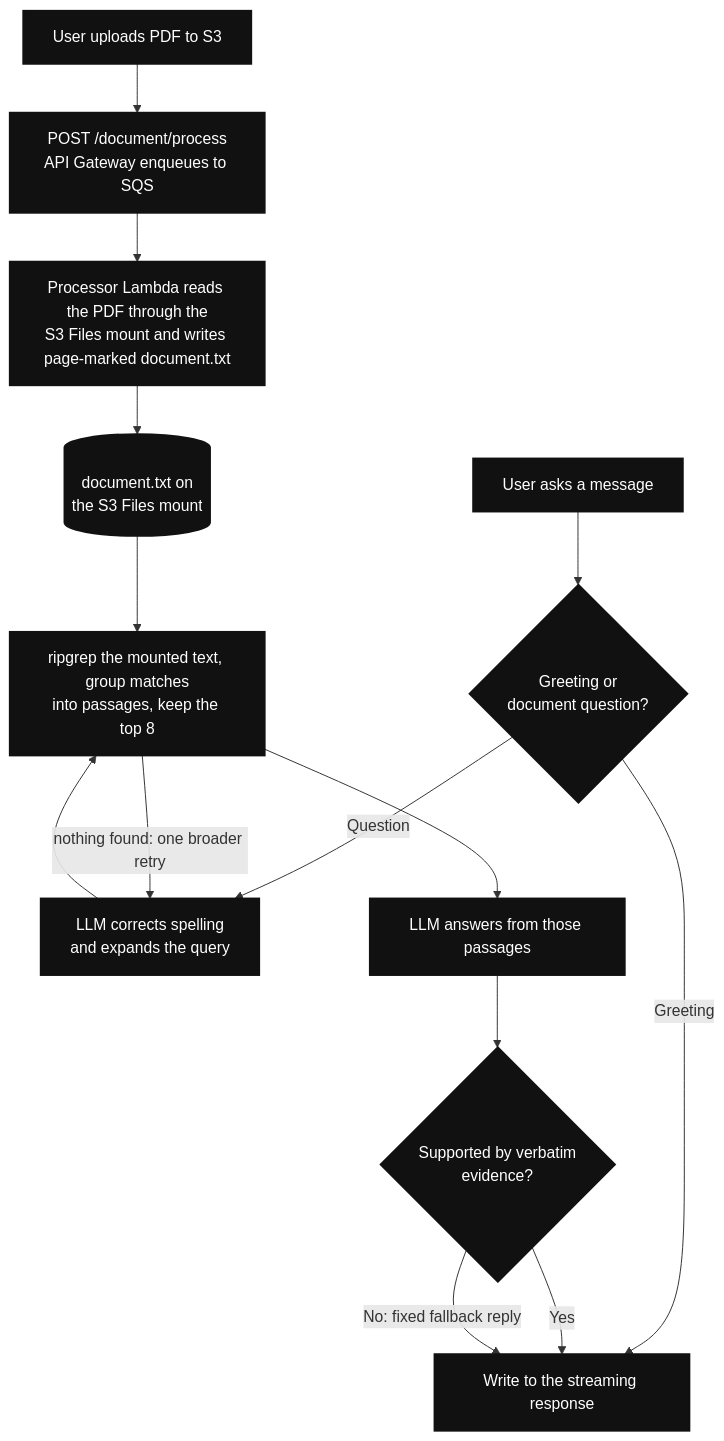
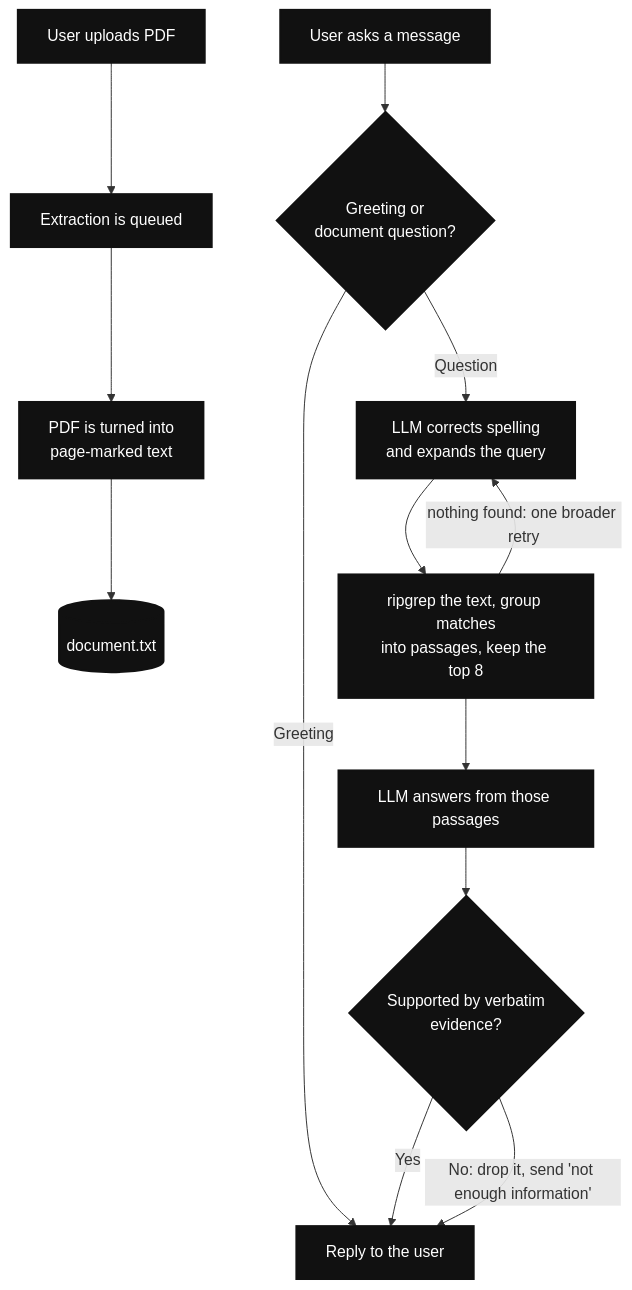
The diagram in README.md (gunjchhetri/grepping_demo), drawn with Mermaid before and after one commit. The commit also changed other lines of this file and 1 other file, not shown here.

````diff
--- a/README.md
+++ b/README.md
@@ -9,19 +8,18 @@
 ```mermaid
 flowchart TD
-    Upload["User uploads PDF to S3"] --> Queue["POST /document/process<br/>API Gateway enqueues to SQS"]
-    Queue --> Extract["Processor Lambda reads the PDF through the<br/>S3 Files mount and writes page-marked document.txt"]
-    Extract --> Mount[("document.txt on<br/>the S3 Files mount")]
+    Upload["User uploads PDF"] --> Queue["Extraction is queued"]
+    Queue --> Extract["PDF is turned into<br/>page-marked text"]
+    Extract --> Mount[("document.txt")]
 
     Ask["User asks a message"] --> Classify{"Greeting or<br/>document question?"}
-    Classify -->|"Greeting"| Response["Write to the streaming response"]
+    Classify -->|"Greeting"| Response["Reply to the user"]
     Classify -->|"Question"| Query["LLM corrects spelling<br/>and expands the query"]
-    Query --> Search["ripgrep the mounted text, group matches<br/>into passages, keep the top 8"]
-    Mount --> Search
+    Query --> Search["ripgrep the text, group matches<br/>into passages, keep the top 8"]
     Search -->|"nothing found: one broader retry"| Query
     Search --> Answer["LLM answers from those passages"]
     Answer --> Validate{"Supported by verbatim<br/>evidence?"}
     Validate -->|"Yes"| Response
-    Validate -->|"No: fixed fallback reply"| Response
+    Validate -->|"No: drop it, send 'not enough information'"| Response
 
     classDef default fill:#111111,color:#ffffff,stroke:#111111,stroke-width:2px;
 ```
````
